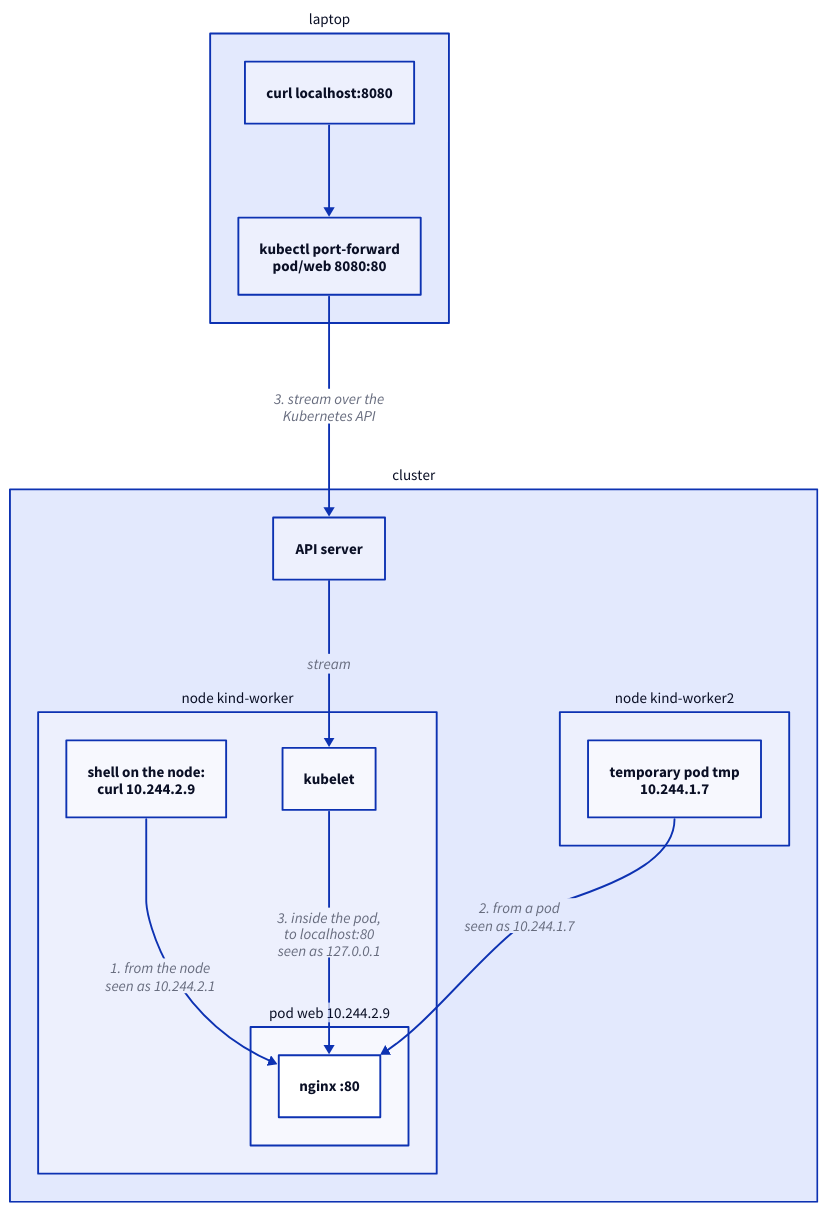
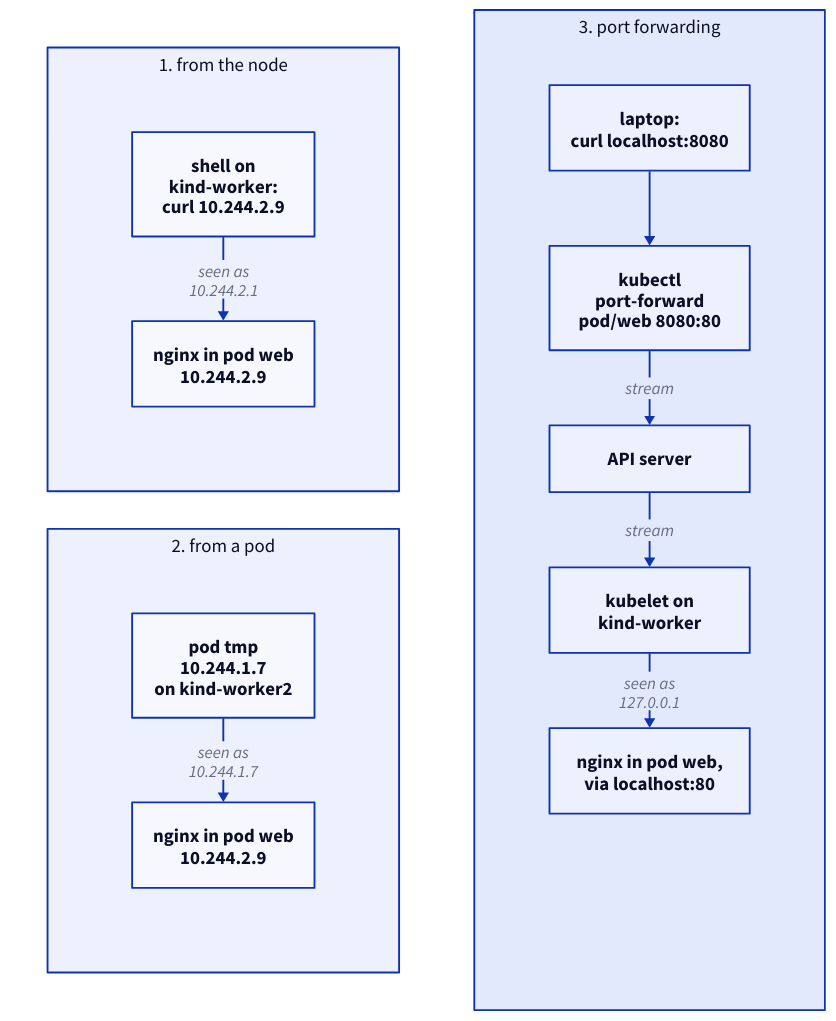
Before and after one commit to Tianbo-Qiu/build: the diagram in content/k8s/reaching-a-pod/routes.d2, drawn with D2. The commit also changed 27 other files, not shown here.

First line of the commit message:
Reflow oversized diagrams for readability

```diff
--- a/content/k8s/reaching-a-pod/routes.d2
+++ b/content/k8s/reaching-a-pod/routes.d2
@@ -1,28 +1,40 @@
-direction: down
+grid-rows: 1
+grid-columns: 2
+grid-gap: 40
 
-laptop: "laptop" {
-  shell: "curl localhost:8080"
-  pf: "kubectl port-forward\npod/web 8080:80"
-  shell -> pf
+col: "" {
+  style.fill: transparent
+  style.stroke: transparent
+  grid-columns: 1
+  grid-gap: 40
+n: "1. from the node" {
+  grid-columns: 1
+  grid-gap: 90
+  sh: "shell on\nkind-worker:\ncurl 10.244.2.9"
+  web: "nginx in pod web\n10.244.2.9"
+  sh -> web: "seen as\n10.244.2.1"
 }
-cluster: "cluster" {
+p: "2. from a pod" {
+  grid-columns: 1
+  grid-gap: 90
+  tmp: "pod tmp\n10.244.1.7\non kind-worker2"
+  web: "nginx in pod web\n10.244.2.9"
+  tmp -> web: "seen as\n10.244.1.7"
+}
+}
+f: "3. port forwarding" {
+  grid-columns: 1
+  grid-gap: 80
+  curl: "laptop:\ncurl localhost:8080"
+  pf: "kubectl\nport-forward\npod/web 8080:80"
   api: "API server"
-  w1: "node kind-worker" {
-    sh: "shell on the node:\ncurl 10.244.2.9"
-    kubelet: "kubelet"
-    web: "pod web 10.244.2.9" {
-      nginx: "nginx :80"
-    }
-    sh -> web.nginx: "1. from the node\nseen as 10.244.2.1"
-    kubelet -> web.nginx: "3. inside the pod,\nto localhost:80\nseen as 127.0.0.1"
-  }
-  w2: "node kind-worker2" {
-    tmp: "temporary pod tmp\n10.244.1.7"
-  }
-  w2.tmp -> w1.web.nginx: "2. from a pod\nseen as 10.244.1.7"
-  api -> w1.kubelet: "stream"
+  kubelet: "kubelet on\nkind-worker"
+  web: "nginx in pod web,\nvia localhost:80"
+  curl -> pf
+  pf -> api: "stream"
+  api -> kubelet: "stream"
+  kubelet -> web: "seen as\n127.0.0.1"
 }
-laptop.pf -> cluster.api: "3. stream over the\nKubernetes API"
 
-**.style.font-size: 16
-(** -> **)[*].style.font-size: 16
+**.style.font-size: 20
+(** -> **)[*].style.font-size: 18
```
